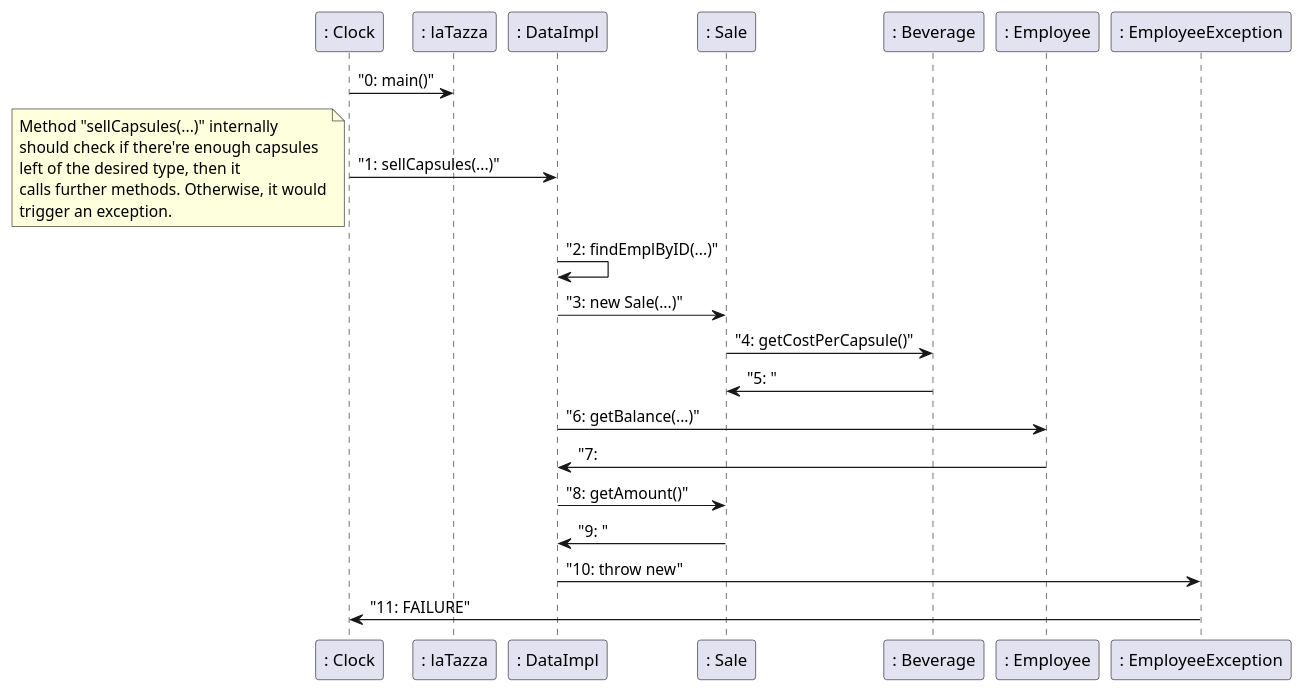
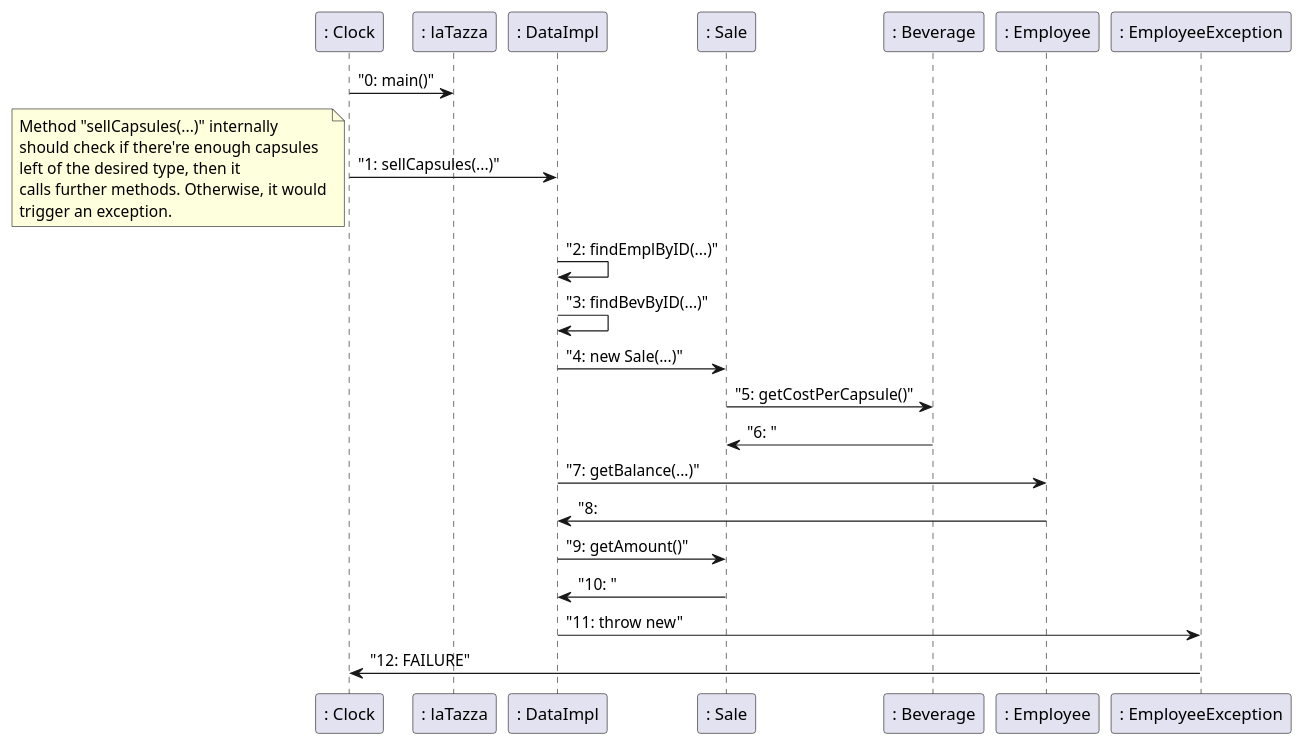
The sixth of 6 diagrams in templates/DesignDocumentTemplate.md (DarkSee/LaTazza), drawn with PlantUML before and after one commit. The commit also changed other lines of this file, not shown here.

Commit message:
Update Sequence diagram for Scenario 1

````diff
--- a/templates/DesignDocumentTemplate.md
+++ b/templates/DesignDocumentTemplate.md
@@ -282,26 +287,27 @@
 ```plantuml
 @startuml
 ": Clock" -> ": laTazza": "0: main()"
 ": Clock" -> ": DataImpl": "1: sellCapsules(...)"
 note left
         Method "sellCapsules(...)" internally
         should check if there're enough capsules 
         left of the desired type, then it 
         calls further methods. Otherwise, it would
         trigger an exception.
 end note
 ": DataImpl" -> ": DataImpl": "2: findEmplByID(...)"
-": DataImpl" -> ": Sale": "3: new Sale(...)"
-": Sale" -> ": Beverage": "4: getCostPerCapsule()"
-": Sale" <-": Beverage": "5: "
+": DataImpl" -> ": DataImpl": "3: findBevByID(...)"
+": DataImpl" -> ": Sale": "4: new Sale(...)"
+": Sale" -> ": Beverage": "5: getCostPerCapsule()"
+": Sale" <-": Beverage": "6: "
 
-": DataImpl" -> ": Employee": "6: getBalance(...)"
-": DataImpl" <- ": Employee": "7: 
-": DataImpl" -> ": Sale": "8: getAmount()"
-": DataImpl" <- ": Sale": "9: " 
-": DataImpl" -> ": EmployeeException": "10: throw new"
+": DataImpl" -> ": Employee": "7: getBalance(...)"
+": DataImpl" <- ": Employee": "8: 
+": DataImpl" -> ": Sale": "9: getAmount()"
+": DataImpl" <- ": Sale": "10: " 
+": DataImpl" -> ": EmployeeException": "11: throw new"
 
-": Clock" <- ": EmployeeException": "11: FAILURE"
+": Clock" <- ": EmployeeException": "12: FAILURE"
 @enduml
 
 ```
````
